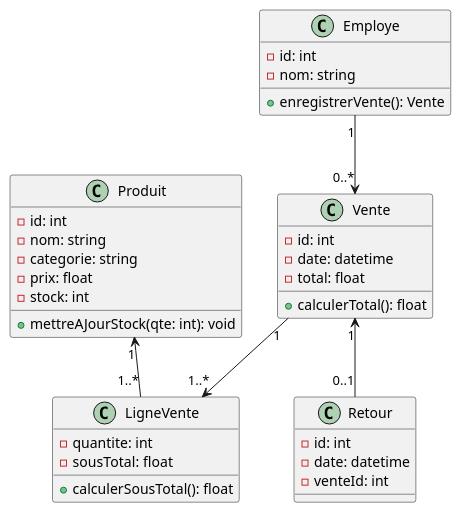
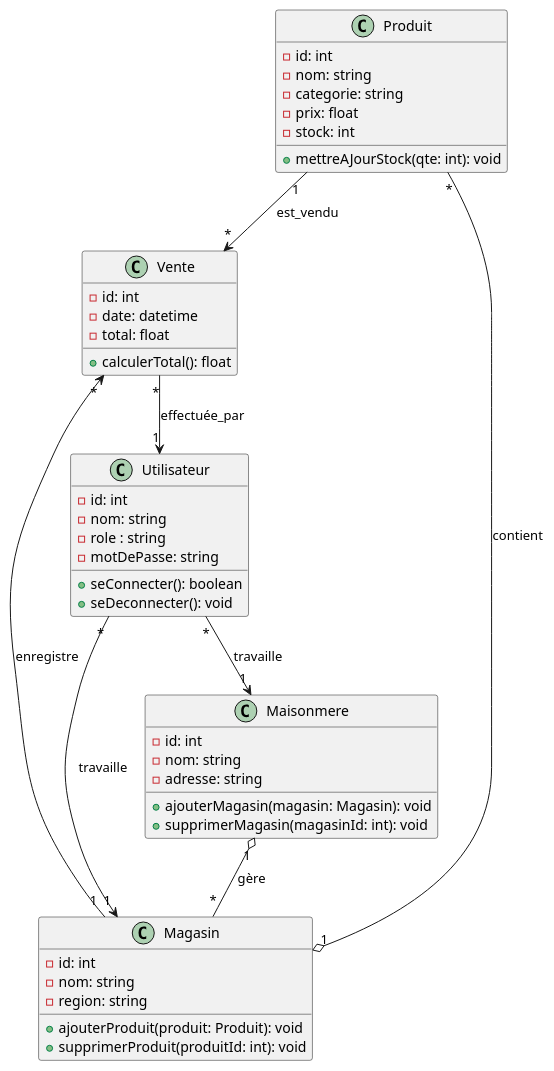
Before and after one commit to eusebe13/labo2_Log430: the diagram in backend/docs/uml/code/diagramme-de-classe.puml, drawn with PlantUML. The commit also changed 4 other files, not shown here.

Commit message:
update diagramme

```diff
--- a/backend/docs/uml/code/diagramme-de-classe.puml
+++ b/backend/docs/uml/code/diagramme-de-classe.puml
@@ -1,42 +1,54 @@
 @startuml class-pos
 
 class Produit {
   - id: int
   - nom: string
   - categorie: string
   - prix: float
   - stock: int
   + mettreAJourStock(qte: int): void
 }
 
+class Magasin {
+  - id: int
+  - nom: string
+  - region: string
+  + ajouterProduit(produit: Produit): void
+  + supprimerProduit(produitId: int): void
+}
+
+class Maisonmere {
+  - id: int
+  - nom: string
+  - adresse: string
+  + ajouterMagasin(magasin: Magasin): void
+  + supprimerMagasin(magasinId: int): void
+}
+
+class Utilisateur {
+  - id: int
+  - nom: string
+  - role : string
+  - motDePasse: string
+  + seConnecter(): boolean
+  + seDeconnecter(): void
+}
+
 class Vente {
   - id: int
   - date: datetime
   - total: float
   + calculerTotal(): float
 }
 
-class LigneVente {
-  - quantite: int
-  - sousTotal: float
-  + calculerSousTotal(): float
-}
+' === Relations ===
 
-class Retour {
-  - id: int
-  - date: datetime
-  - venteId: int
-}
-
-class Employe {
-  - id: int
-  - nom: string
-  + enregistrerVente(): Vente
-}
-
-Produit "1" <-- "1..*" LigneVente
-Vente "1" --> "1..*" LigneVente
-Vente "1" <-- "0..1" Retour
-Employe "1" --> "0..*" Vente
+Maisonmere "1" o-- "*" Magasin : gère
+Magasin "1" o-- "*" Produit : contient
+Magasin "1" --> "*" Vente : enregistre
+Produit "1" --> "*" Vente : est_vendu
+Utilisateur "*" --> "1" Magasin : travaille
+Utilisateur "*" --> "1" Maisonmere : travaille
+Vente "*" --> "1" Utilisateur : effectuée_par
 
 @enduml
```
